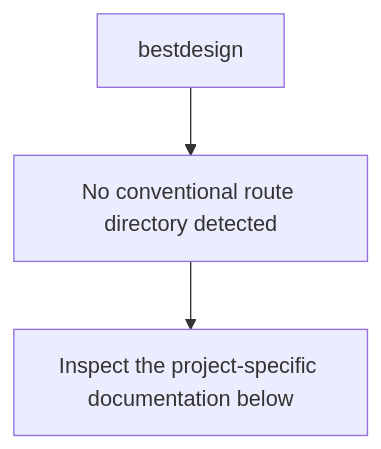
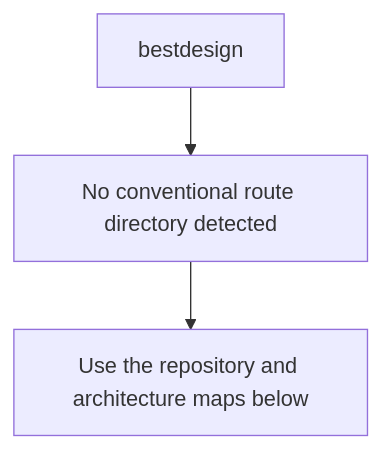
One commit to Nischhalsubba/bestdesign changed the second of 5 diagrams in README.md. Above: the diagram before and after it, drawn with Mermaid. The commit also changed other lines of this file, not shown here.

````diff
--- a/README.md
+++ b/README.md
@@ -51,6 +82,6 @@
 ```mermaid
 flowchart TD
     APP["bestdesign"]
     APP --> SOURCE["No conventional route directory detected"]
-    SOURCE --> VERIFY["Inspect the project-specific documentation below"]
+    SOURCE --> GUIDE["Use the repository and architecture maps below"]
 ```
````
